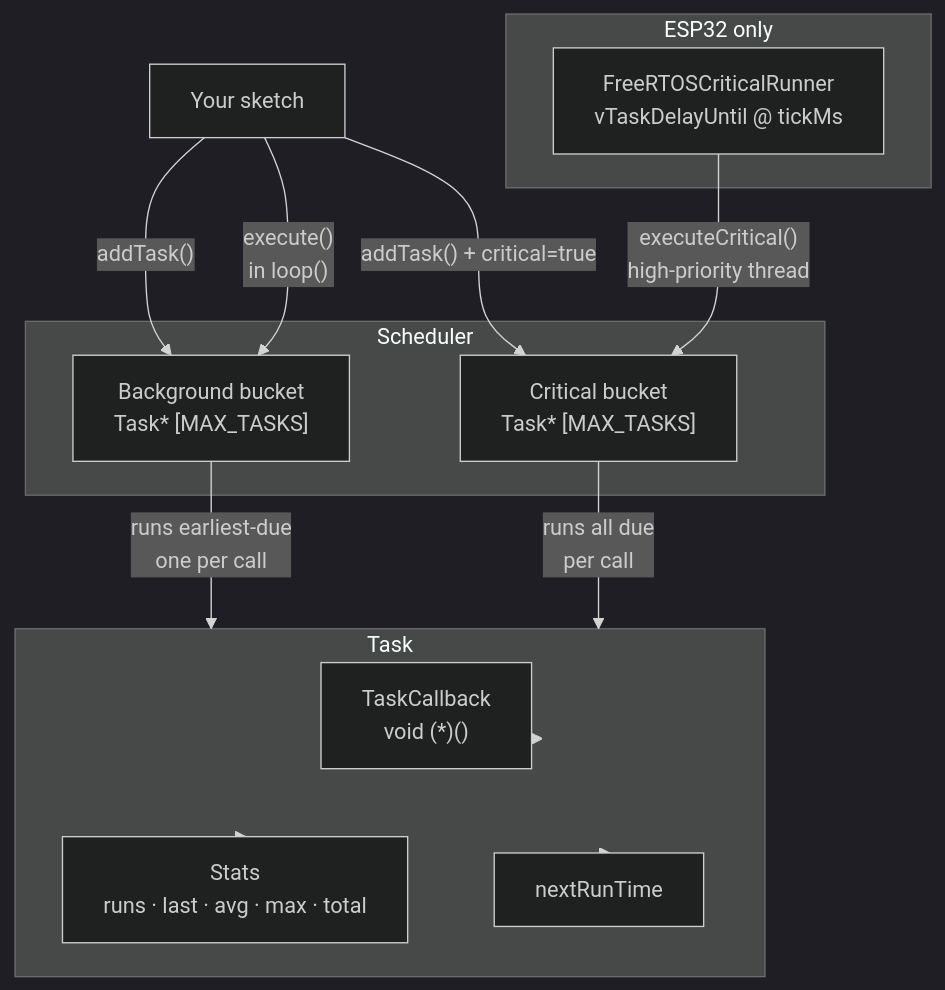
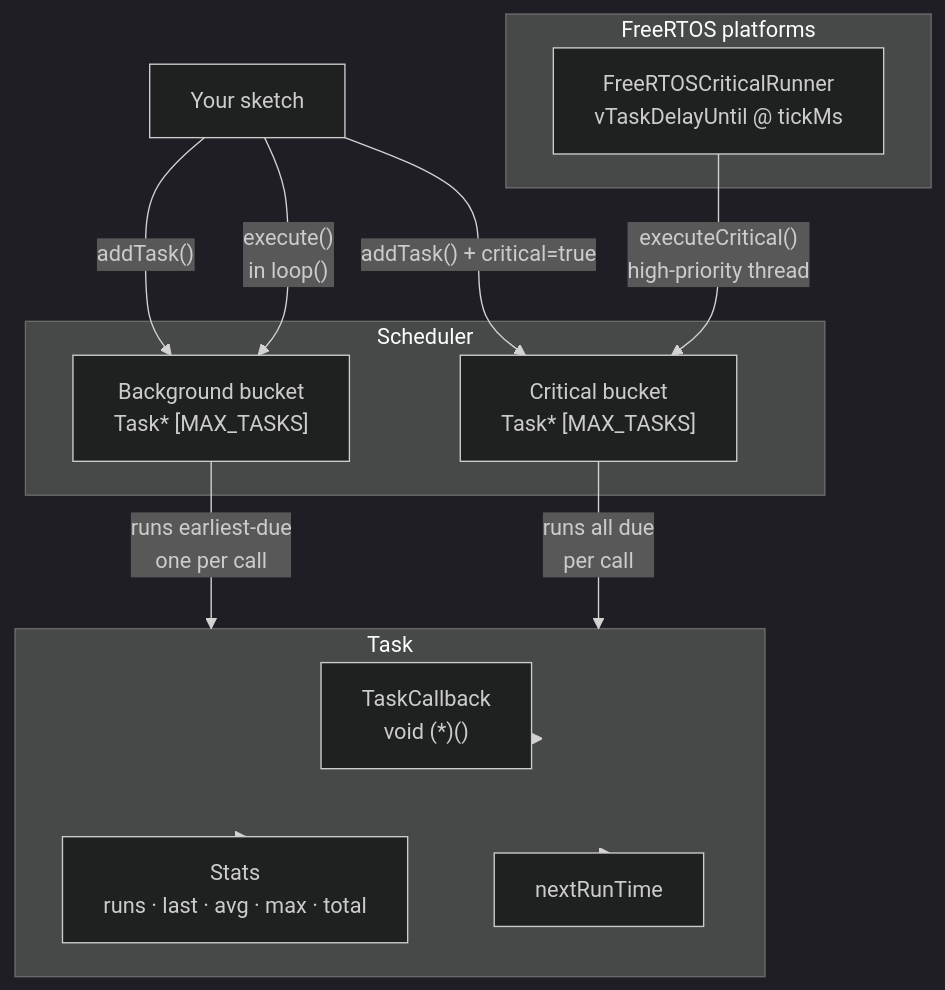
The diagram in README.md (andrenepomuceno/CriticalTaskScheduler), drawn with Mermaid (dark theme) before and after one commit. The commit also changed 9 other files, not shown here.

First line of the commit message:
docs: 1.0.6 — fix broken Mermaid diagrams (\n -> <br>)

````diff
--- a/README.md
+++ b/README.md
@@ -41,29 +41,29 @@
 ```mermaid
 graph TD
     USER["Your sketch"]
 
     subgraph SCHED["Scheduler"]
-        BG["Background bucket\nTask* [MAX_TASKS]"]
-        CR["Critical bucket\nTask* [MAX_TASKS]"]
+        BG["Background bucket<br>Task* [MAX_TASKS]"]
+        CR["Critical bucket<br>Task* [MAX_TASKS]"]
     end
 
     subgraph TASK["Task"]
-        CB["TaskCallback\nvoid (*)()" ]
-        STATS["Stats\nruns · last · avg · max · total"]
+        CB["TaskCallback<br>void (*)()"]
+        STATS["Stats<br>runs · last · avg · max · total"]
         NRT["nextRunTime"]
     end
 
-    subgraph ESP32["ESP32 only"]
-        FRT["FreeRTOSCriticalRunner\nvTaskDelayUntil @ tickMs"]
+    subgraph FRTSUB["FreeRTOS platforms"]
+        FRT["FreeRTOSCriticalRunner<br>vTaskDelayUntil @ tickMs"]
     end
 
     USER -- "addTask()" --> BG
     USER -- "addTask() + critical=true" --> CR
-    USER -- "execute()\nin loop()" --> BG
-    FRT -- "executeCritical()\nhigh-priority thread" --> CR
-    BG -- "runs earliest-due\none per call" --> TASK
-    CR -- "runs all due\nper call" --> TASK
+    USER -- "execute()<br>in loop()" --> BG
+    FRT -- "executeCritical()<br>high-priority thread" --> CR
+    BG -- "runs earliest-due<br>one per call" --> TASK
+    CR -- "runs all due<br>per call" --> TASK
     TASK --> CB
     TASK --> STATS
     TASK --> NRT
 ```
````
